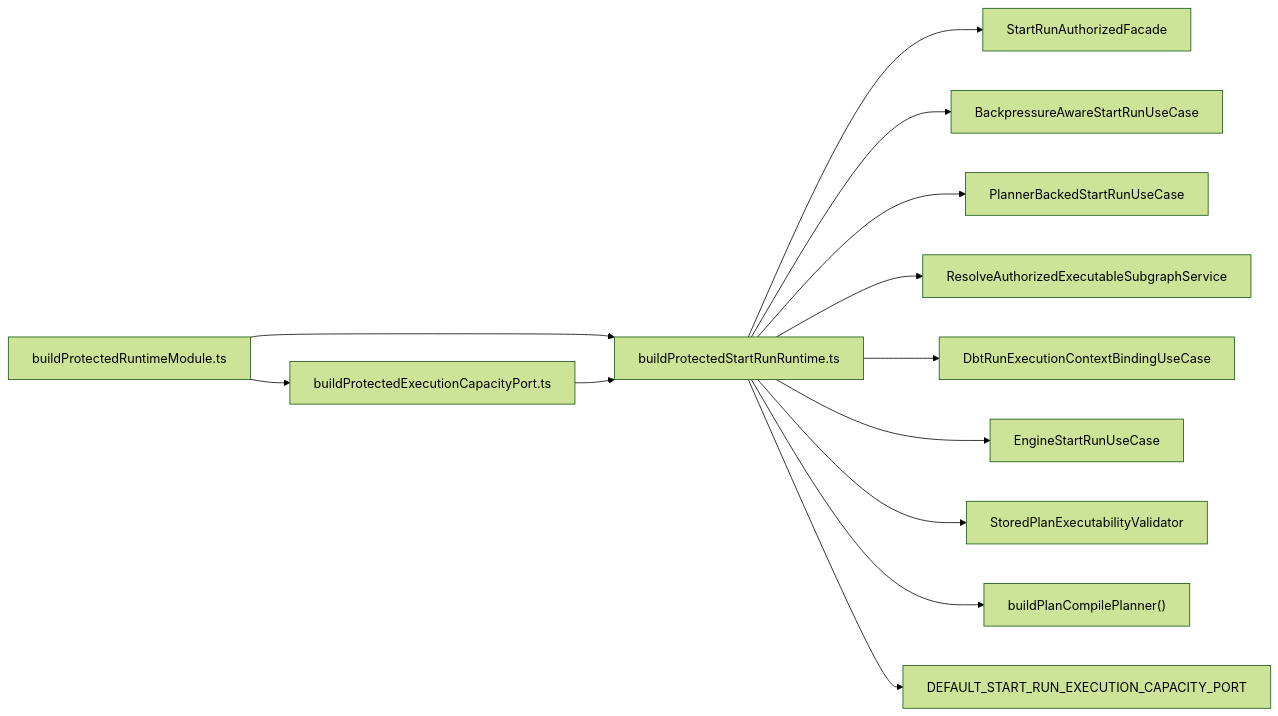
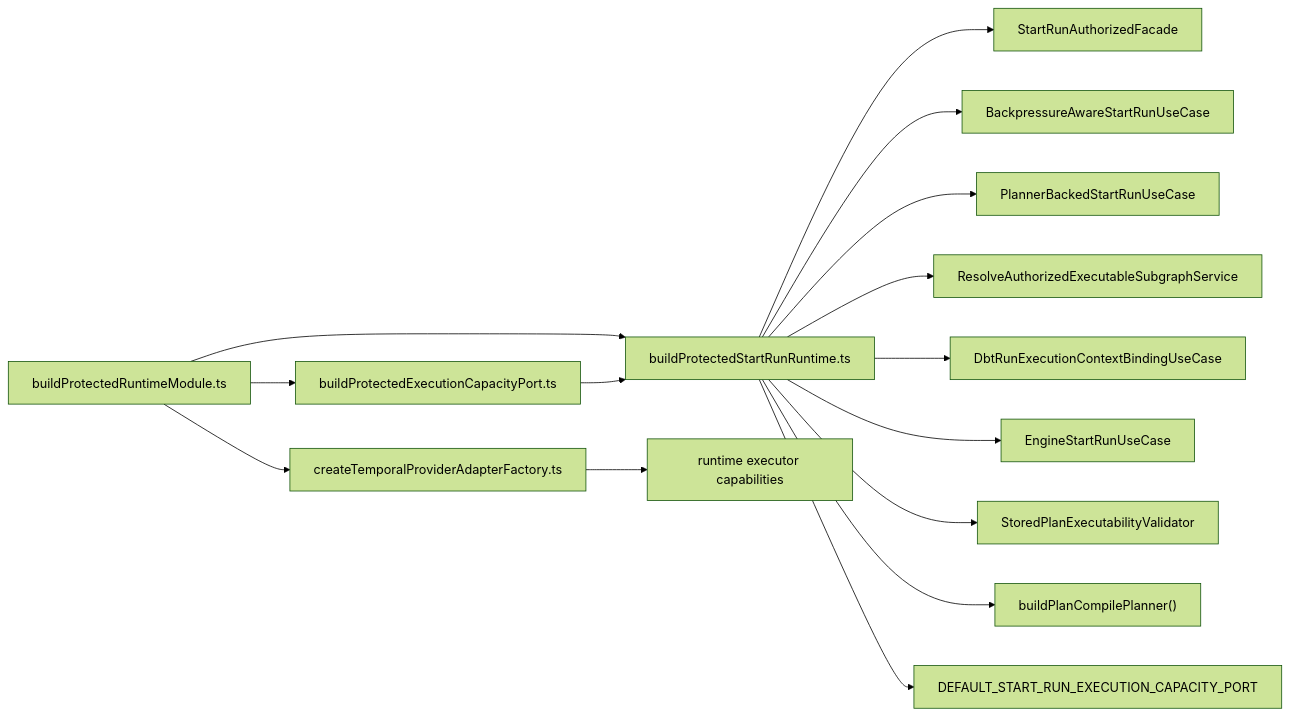
Before and after one commit to dunay2/dvt: the first of 2 diagrams in apps/api/docs/start-run-runtime-composition-component.md, drawn with Mermaid (forest theme). The commit also changed other lines of this file and 25 other files, not shown here.

Commit message:
fix(api): Reject DBT runs without executor capability

````diff
--- a/apps/api/docs/start-run-runtime-composition-component.md
+++ b/apps/api/docs/start-run-runtime-composition-component.md
@@ -77,15 +80,17 @@
 ```mermaid
 flowchart LR
   Root["buildProtectedRuntimeModule.ts"] --> StartRunRuntime["buildProtectedStartRunRuntime.ts"]
   Root --> Binding["buildProtectedExecutionCapacityPort.ts"]
+  Root --> ProviderFactory["createTemporalProviderAdapterFactory.ts"]
   Binding --> StartRunRuntime
+  ProviderFactory --> Capability["runtime executor capabilities"]
   StartRunRuntime --> Facade["StartRunAuthorizedFacade"]
   StartRunRuntime --> Admission["BackpressureAwareStartRunUseCase"]
   StartRunRuntime --> Planner["PlannerBackedStartRunUseCase"]
   StartRunRuntime --> Resolver["ResolveAuthorizedExecutableSubgraphService"]
   StartRunRuntime --> DbtBinding["DbtRunExecutionContextBindingUseCase"]
   StartRunRuntime --> Engine["EngineStartRunUseCase"]
   StartRunRuntime --> Validator["StoredPlanExecutabilityValidator"]
   StartRunRuntime --> Compile["buildPlanCompilePlanner()"]
   StartRunRuntime --> Capacity["DEFAULT_START_RUN_EXECUTION_CAPACITY_PORT"]
 ```
````
